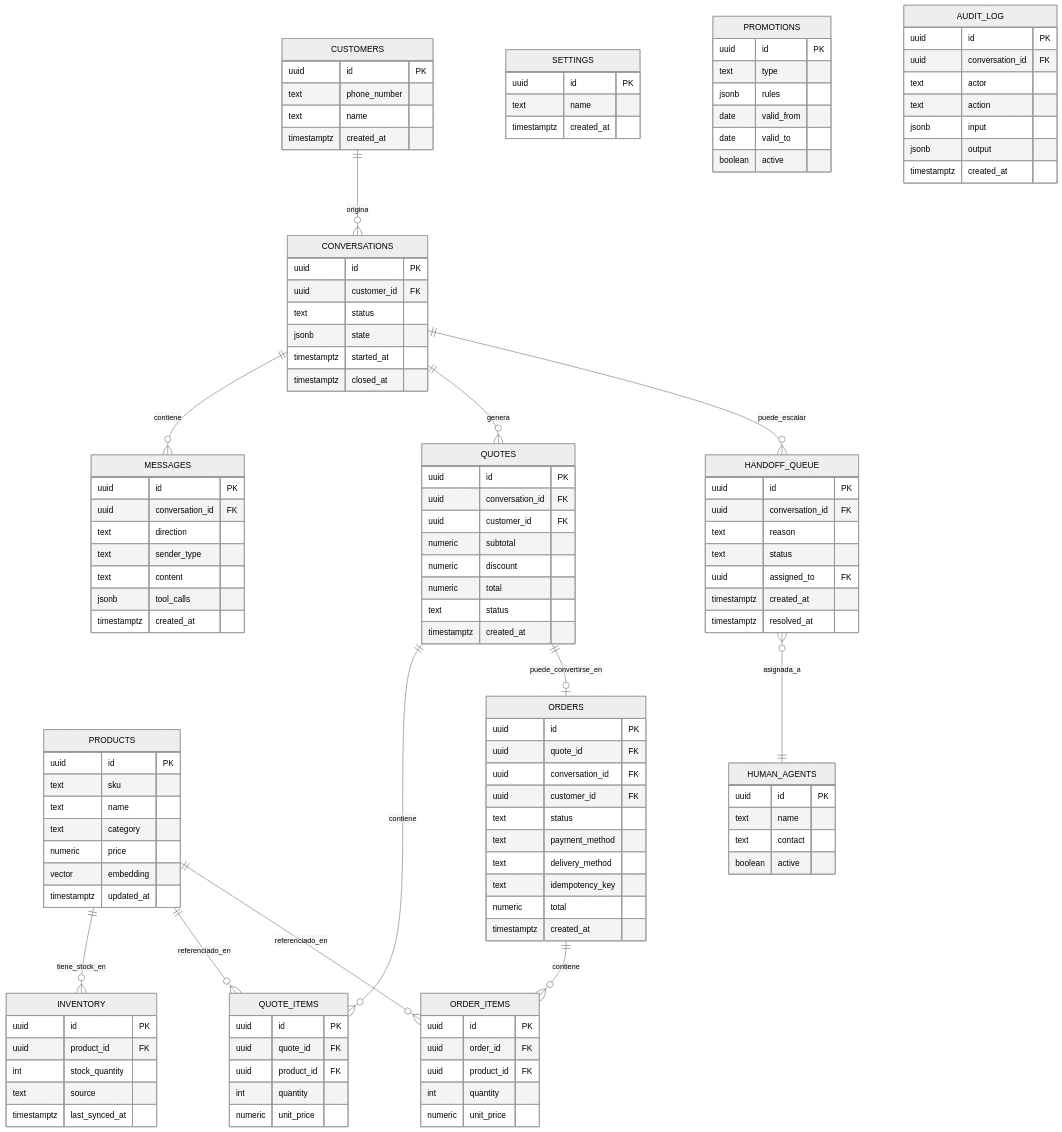
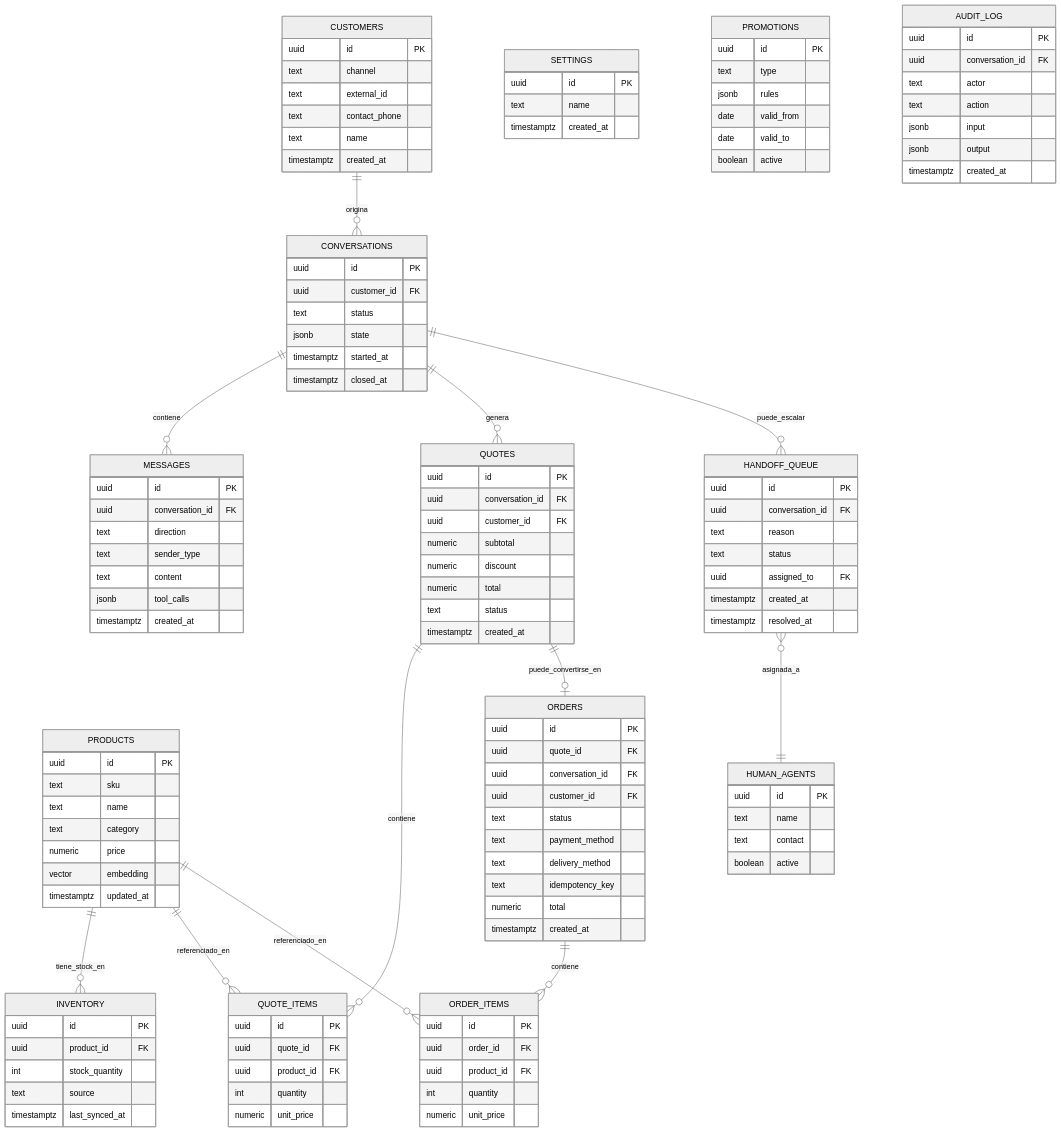
Before and after one commit to devrochy/agent-sale: the diagram in docs/fase-1-arquitectura/modelo-datos.md, drawn with Mermaid (neutral theme). The commit also changed other lines of this file and 37 other files, not shown here.

```diff
--- a/docs/fase-1-arquitectura/modelo-datos.md
+++ b/docs/fase-1-arquitectura/modelo-datos.md
@@ -28,7 +30,9 @@
     }
     CUSTOMERS {
         uuid id PK
-        text phone_number
+        text channel
+        text external_id
+        text contact_phone
         text name
         timestamptz created_at
     }
```
